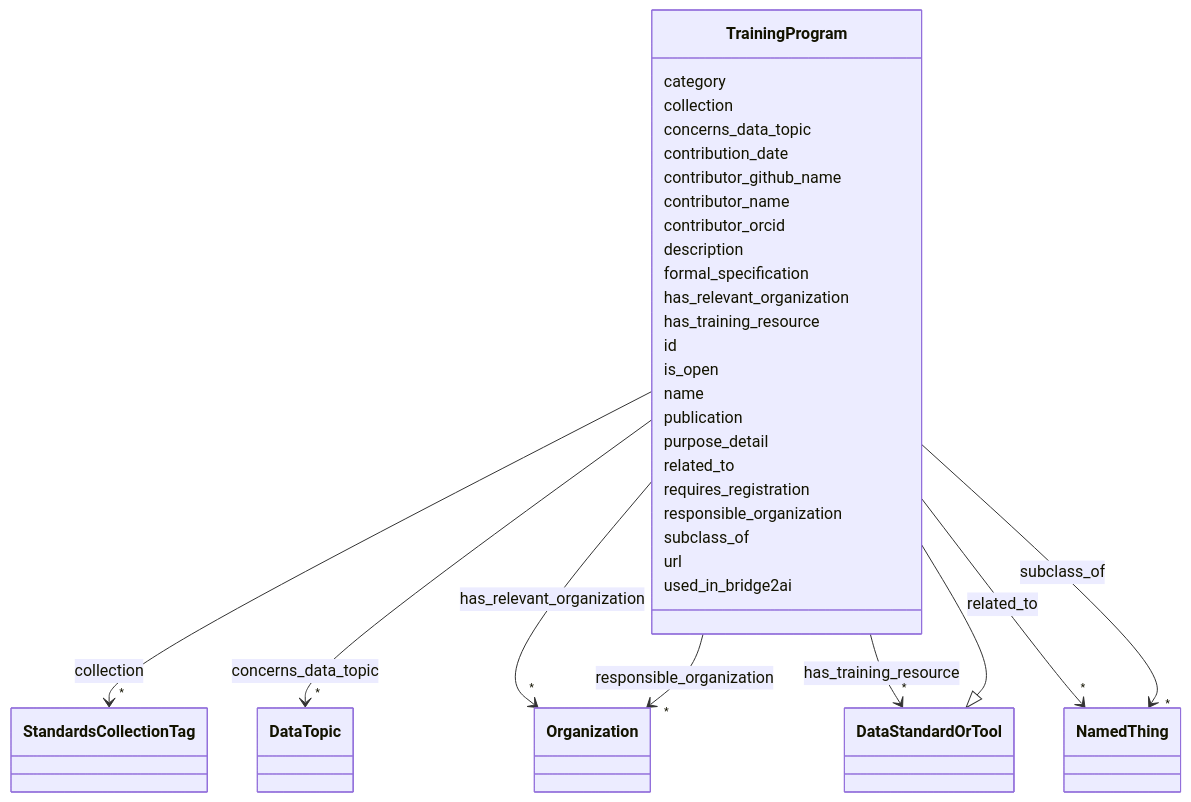
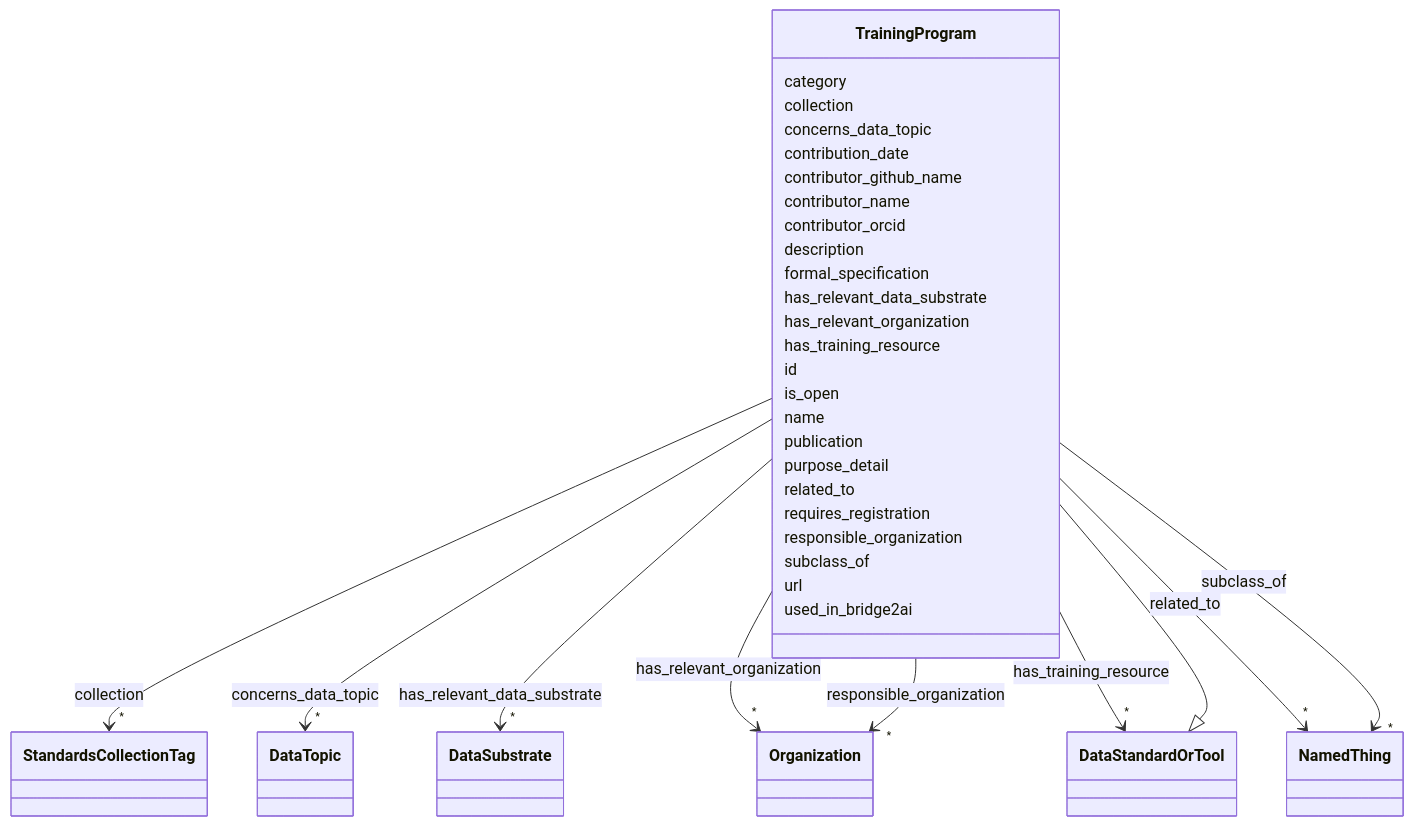
The diagram in docs/TrainingProgram.md (bridge2ai/standards-schemas), drawn with Mermaid before and after one commit. The commit also changed other lines of this file and 38 other files, not shown here.

Commit message:
Update schema artifacts

```diff
--- a/docs/TrainingProgram.md
+++ b/docs/TrainingProgram.md
@@ -58,6 +58,17 @@
       TrainingProgram : description
         
       TrainingProgram : formal_specification
+        
+      TrainingProgram : has_relevant_data_substrate
+        
+          
+    
+        
+        
+        TrainingProgram --> "*" DataSubstrate : has_relevant_data_substrate
+        click DataSubstrate href "../DataSubstrate"
+    
+
         
       TrainingProgram : has_relevant_organization
         
```
